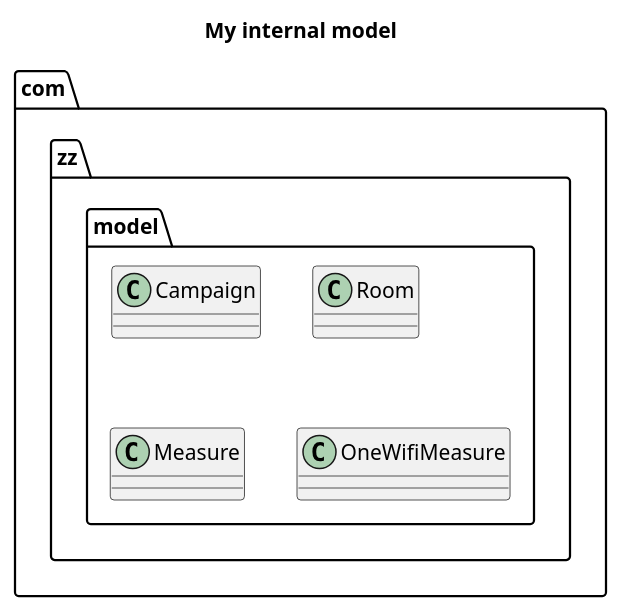
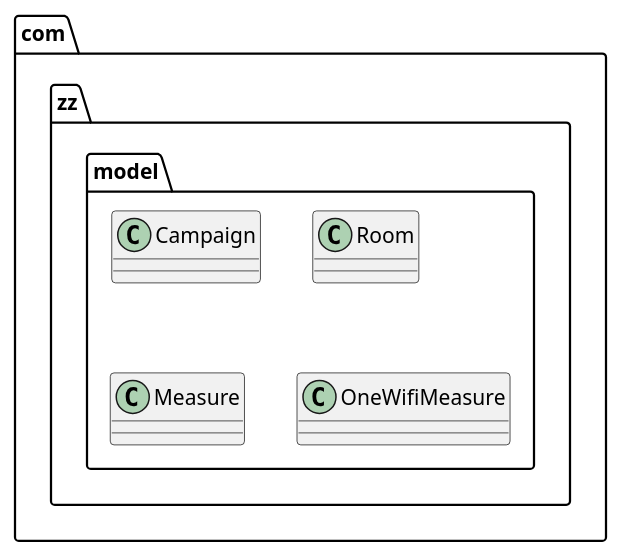
The diagram in slides/sample_class_diag/sample_class_diag_1.pu (nbossard/plantuml_demo), drawn with PlantUML before and after one commit. The commit also changed 2 other files, not shown here.

```diff
--- a/slides/sample_class_diag/sample_class_diag_1.pu
+++ b/slides/sample_class_diag/sample_class_diag_1.pu
@@ -2,9 +2,8 @@
 @startuml
-	title My internal model
-	
-	class com.zz.model.Campaign 	
-	class com.zz.model.Room 
-	class com.zz.model.Measure	
+
+	class com.zz.model.Campaign
+	class com.zz.model.Room
+	class com.zz.model.Measure
 	class com.zz.model.OneWifiMeasure
 
 @enduml
```
